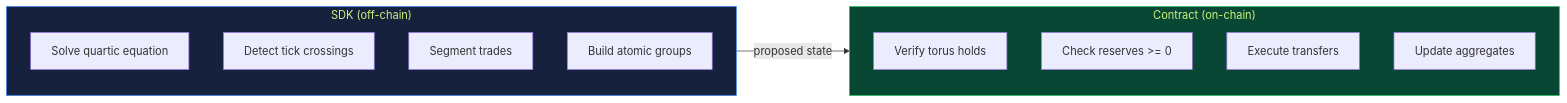
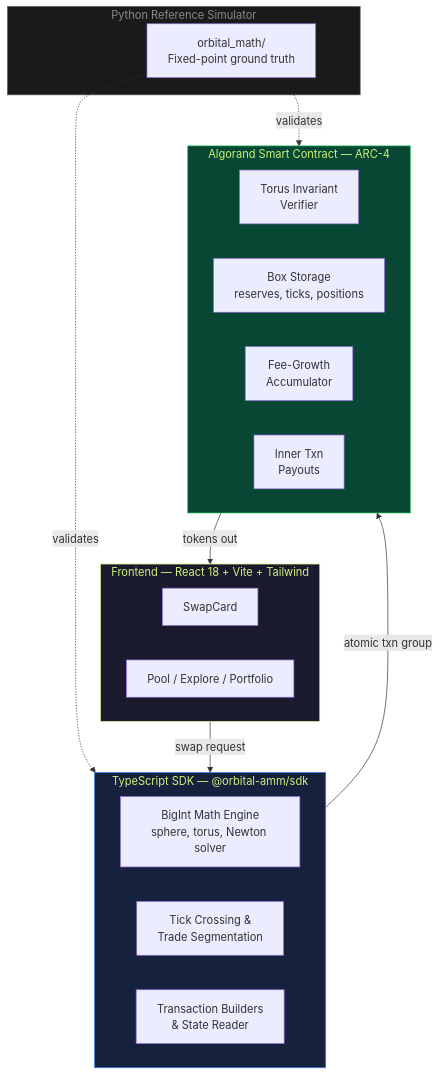
The second of 2 diagrams in docs/README.md (Kaushik2003/taurusSwap), drawn with Mermaid before and after one commit. The commit also changed other lines of this file and 9 other files, not shown here.

````diff
--- a/docs/README.md
+++ b/docs/README.md
@@ -46,21 +71,35 @@
 ```mermaid
-flowchart LR
-    subgraph SDK["SDK (off-chain)"]
-        S1["Solve quartic equation"]
-        S2["Detect tick crossings"]
-        S3["Segment trades"]
-        S4["Build atomic groups"]
+graph TB
+    subgraph Frontend["Frontend — React 18 + Vite + Tailwind"]
+        FE_SWAP["SwapCard"]
+        FE_POOL["Pool / Explore / Portfolio"]
     end
 
-    subgraph Contract["Contract (on-chain)"]
-        C1["Verify torus holds"]
-        C2["Check reserves >= 0"]
-        C3["Execute transfers"]
-        C4["Update aggregates"]
+    subgraph SDK["TypeScript SDK — @orbital-amm/sdk"]
+        MATH["BigInt Math Engine<br/>sphere, torus, Newton solver"]
+        CROSS["Tick Crossing &<br/>Trade Segmentation"]
+        TX["Transaction Builders<br/>& State Reader"]
     end
 
-    SDK -->|"proposed state"| Contract
+    subgraph Contract["Algorand Smart Contract — ARC-4"]
+        VERIFY["Torus Invariant<br/>Verifier"]
+        BOXES["Box Storage<br/>reserves, ticks, positions"]
+        FEES["Fee-Growth<br/>Accumulator"]
+        INNER["Inner Txn<br/>Payouts"]
+    end
 
+    subgraph Ref["Python Reference Simulator"]
+        REF_MATH["orbital_math/<br/>Fixed-point ground truth"]
+    end
+
+    Frontend -->|"swap request"| SDK
+    SDK -->|"atomic txn group"| Contract
+    Contract -->|"tokens out"| Frontend
+    REF_MATH -.->|"validates"| SDK
+    REF_MATH -.->|"validates"| Contract
+
+    style Frontend fill:#1a1a2e,color:#CEF17B,stroke:#CEF17B
     style SDK fill:#16213e,color:#CEF17B,stroke:#3b82f6
     style Contract fill:#084734,color:#CEF17B,stroke:#22c55e
+    style Ref fill:#1a1a1a,color:#888,stroke:#555
 ```
````
